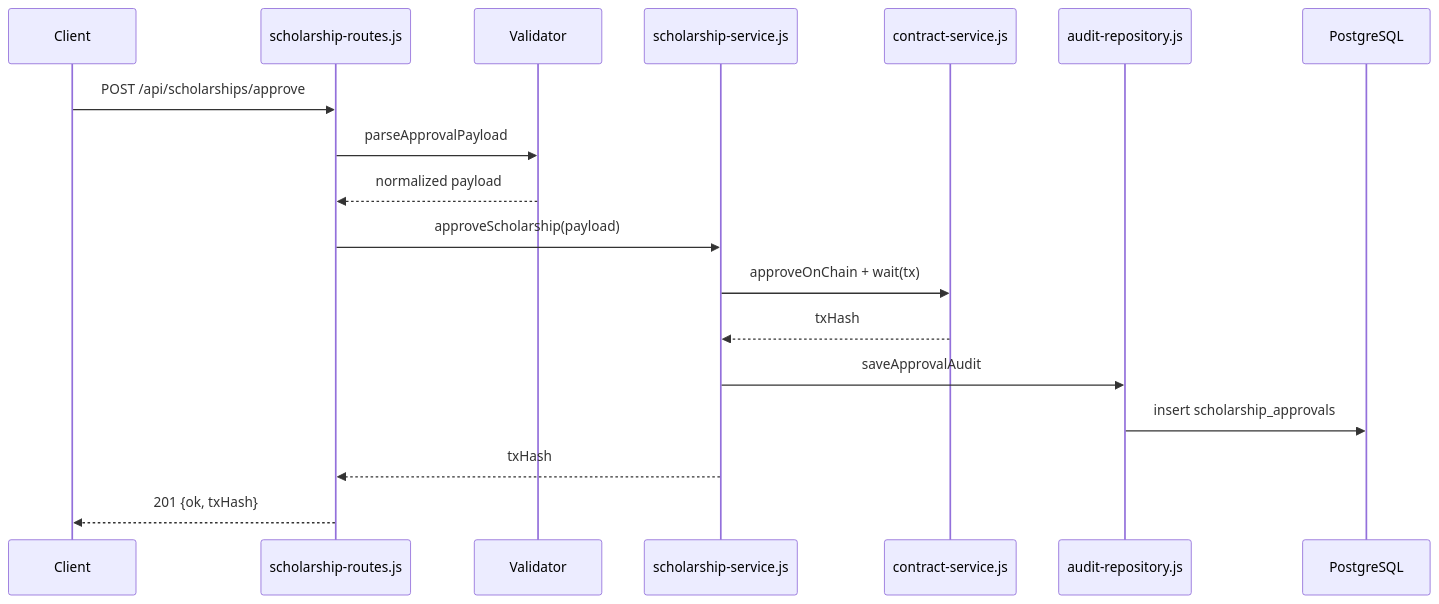
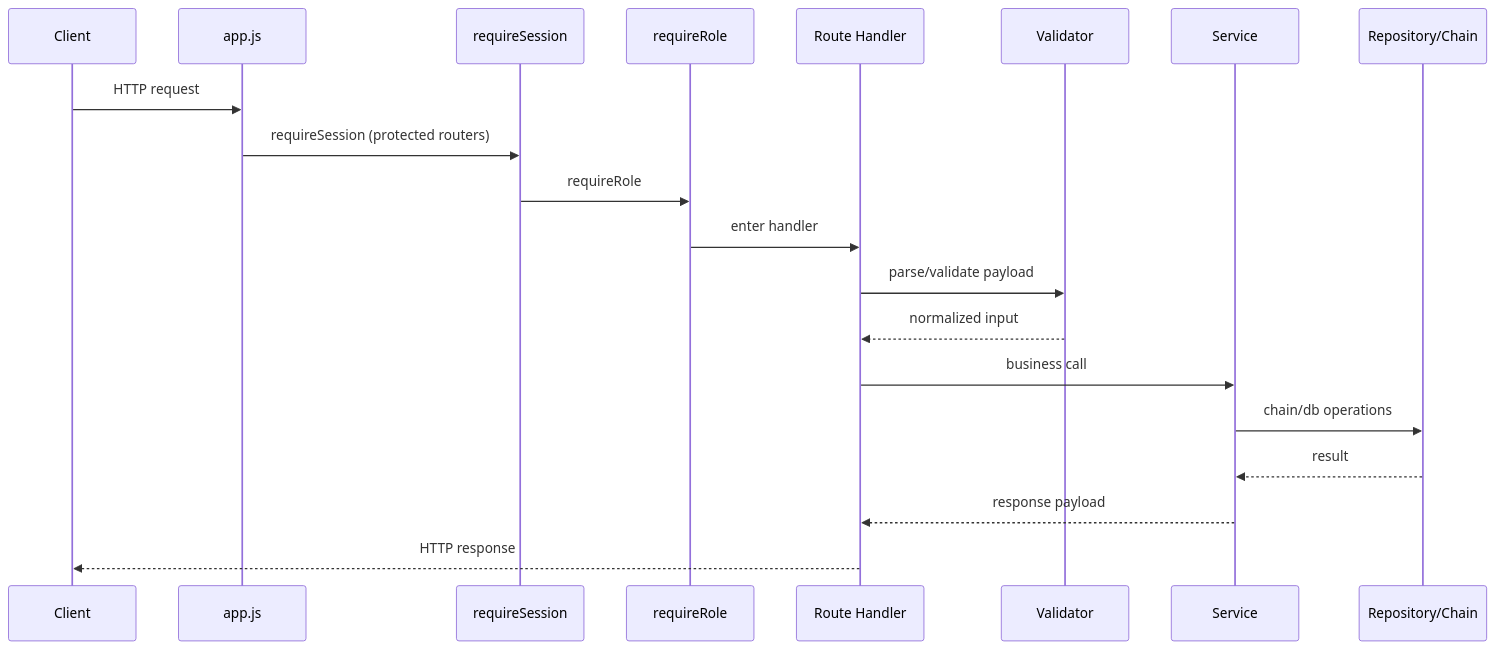
Before and after one commit to ahmedelbamby-aast/ScholarshipDisbursement: the second of 2 diagrams in docs/backend.md, drawn with Mermaid. The commit also changed other lines of this file and 60 other files, not shown here.

````diff
--- a/docs/backend.md
+++ b/docs/backend.md
@@ -44,21 +45,23 @@
 ```mermaid
 sequenceDiagram
-  participant Client
-  participant Route as scholarship-routes.js
-  participant Validator
-  participant Service as scholarship-service.js
-  participant Chain as contract-service.js
-  participant Repo as audit-repository.js
-  participant DB as PostgreSQL
+  participant C as Client
+  participant A as app.js
+  participant S as requireSession
+  participant R as requireRole
+  participant H as Route Handler
+  participant V as Validator
+  participant SV as Service
+  participant RP as Repository/Chain
 
-  Client->>Route: POST /api/scholarships/approve
-  Route->>Validator: parseApprovalPayload
-  Validator-->>Route: normalized payload
-  Route->>Service: approveScholarship(payload)
-  Service->>Chain: approveOnChain + wait(tx)
-  Chain-->>Service: txHash
-  Service->>Repo: saveApprovalAudit
-  Repo->>DB: insert scholarship_approvals
-  Service-->>Route: txHash
-  Route-->>Client: 201 {ok, txHash}
+  C->>A: HTTP request
+  A->>S: requireSession (protected routers)
+  S->>R: requireRole
+  R->>H: enter handler
+  H->>V: parse/validate payload
+  V-->>H: normalized input
+  H->>SV: business call
+  SV->>RP: chain/db operations
+  RP-->>SV: result
+  SV-->>H: response payload
+  H-->>C: HTTP response
 ```
````
